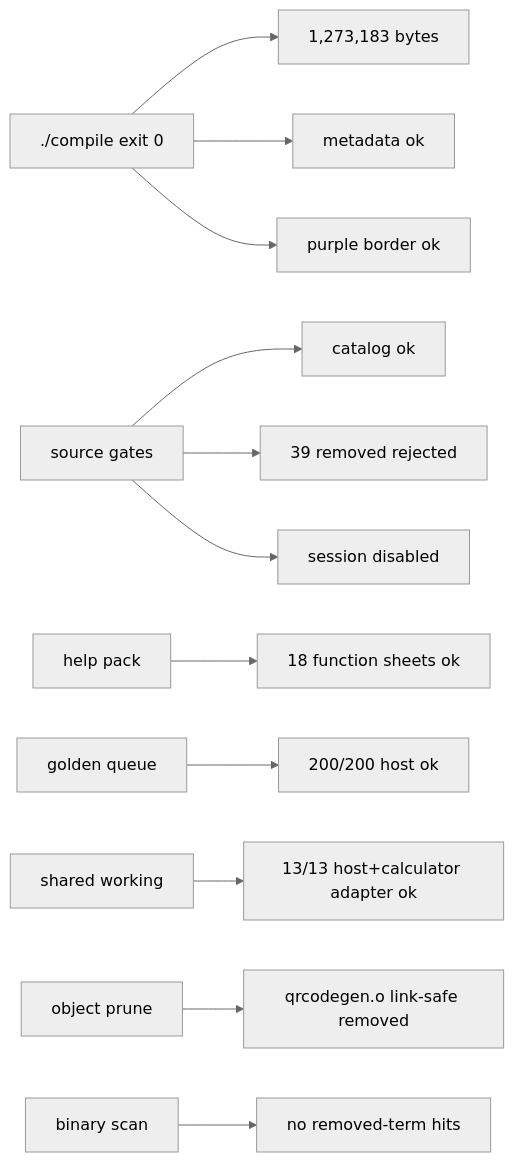
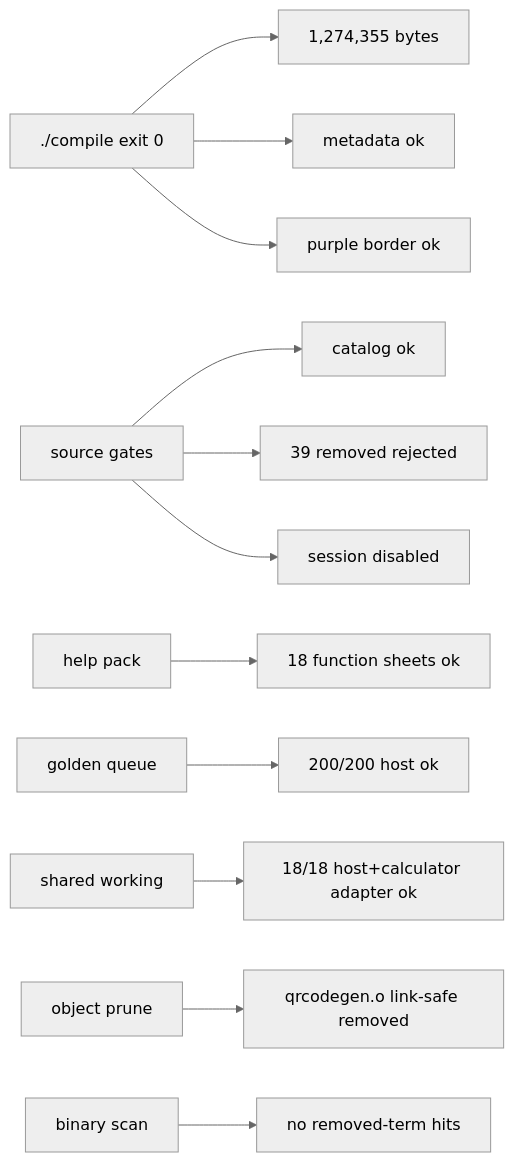
One commit to james8464/notes-addin-casio-fx-cg50 changed the seventh of 7 diagrams in docs/GRAPH.md. Above: the diagram before and after it, drawn with Mermaid (neutral theme). The commit also changed other lines of this file and 3 other files, not shown here.

Commit message:
expand shared working routes

````diff
--- a/docs/GRAPH.md
+++ b/docs/GRAPH.md
@@ -109,14 +109,14 @@
 ```mermaid
 graph LR
-  Build["./compile exit 0"] --> Size["1,273,183 bytes"]
+  Build["./compile exit 0"] --> Size["1,274,355 bytes"]
   Build --> Meta["metadata ok"]
   Build --> Border["purple border ok"]
   Source["source gates"] --> Catalog["catalog ok"]
   Source --> Removed["39 removed rejected"]
   Source --> Session["session disabled"]
   Help["help pack"] --> HelpQ["18 function sheets ok"]
   Queue["golden queue"] --> QueueRun["200/200 host ok"]
-  Shared["shared working"] --> SharedRun["13/13 host+calculator adapter ok"]
+  Shared["shared working"] --> SharedRun["18/18 host+calculator adapter ok"]
   Obj["object prune"] --> QR["qrcodegen.o link-safe removed"]
   Bin["binary scan"] --> NoLeak["no removed-term hits"]
 ```
````
